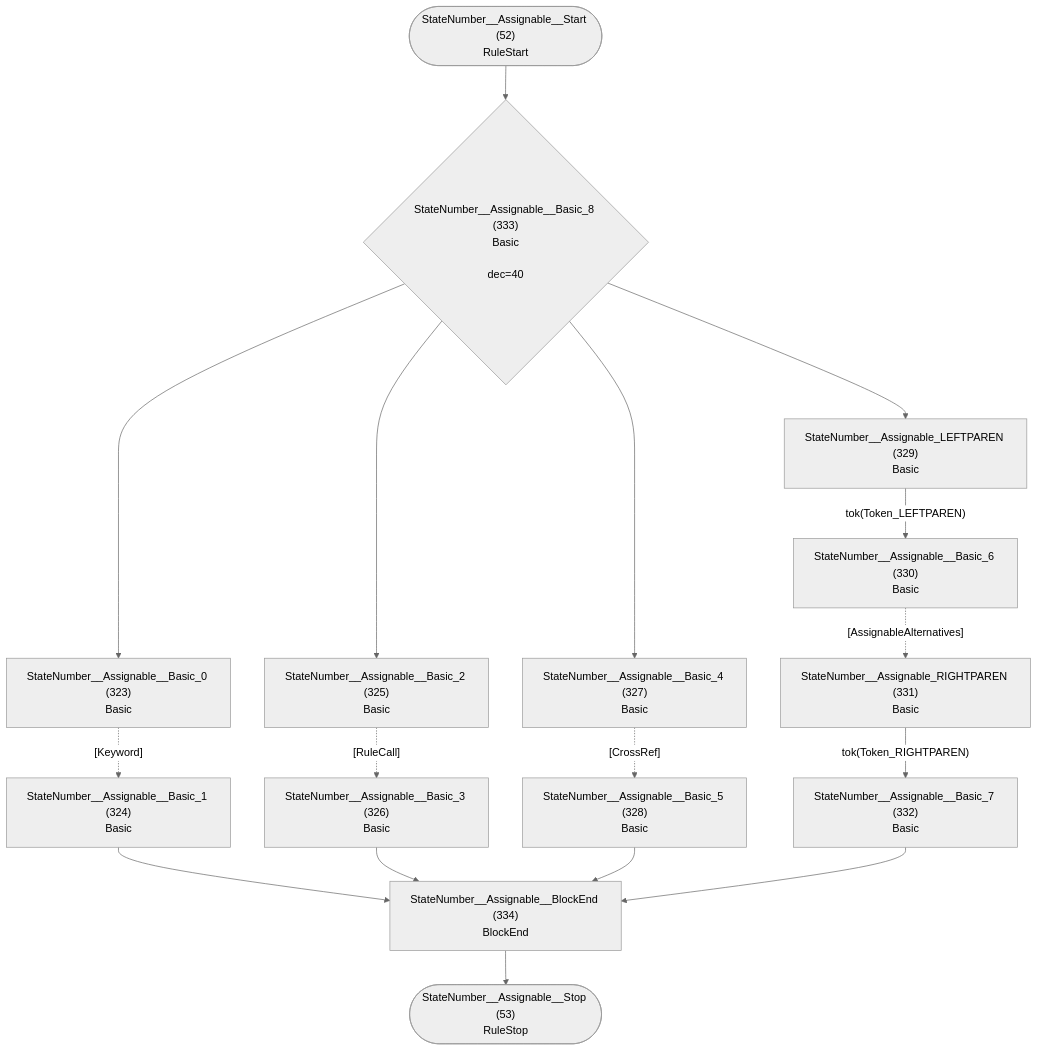
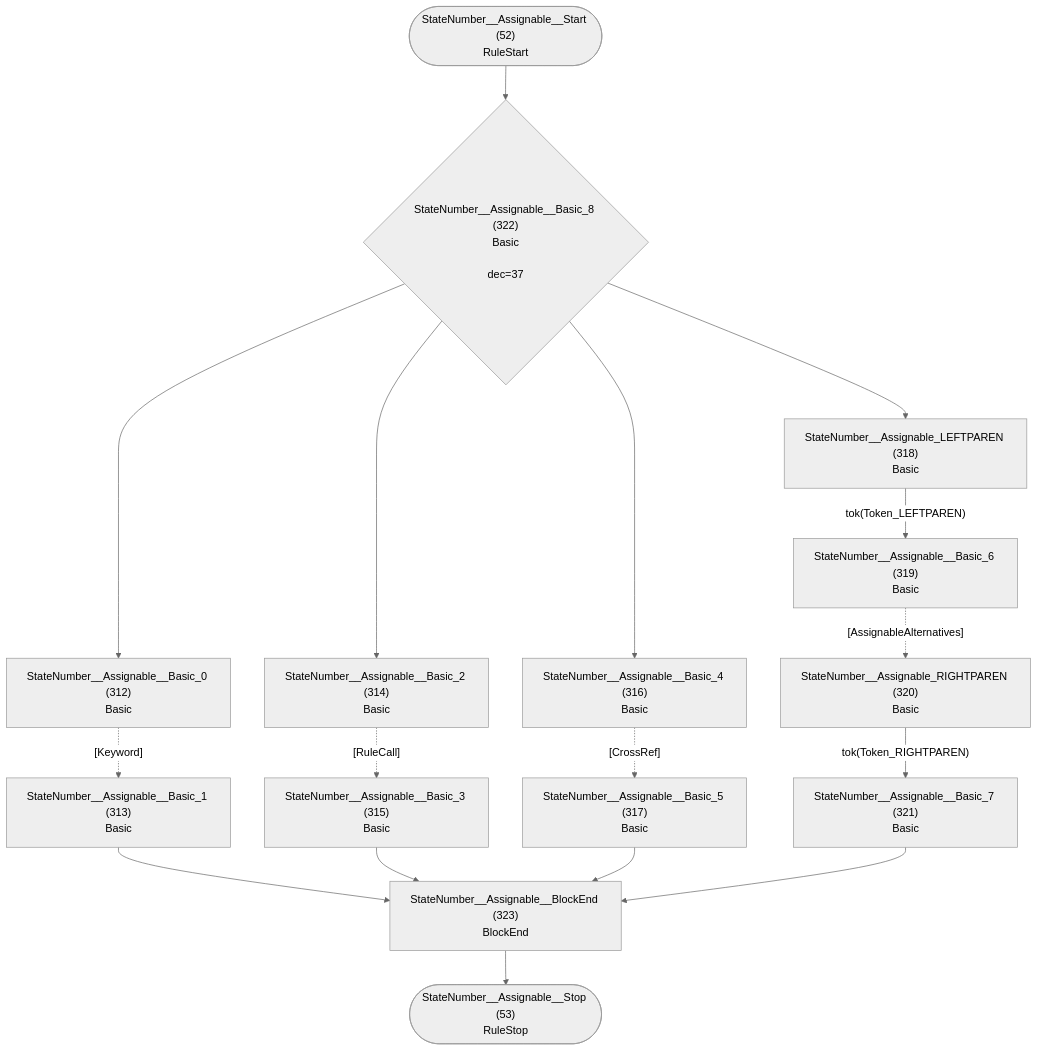
One commit to TypeFox/fastbelt changed diagram 27 of 36 in internal/grammar/atn.md. Above: the diagram before and after it, drawn with Mermaid (neutral theme). The commit also changed other lines of this file and 9 other files, not shown here.

````diff
--- a/internal/grammar/atn.md
+++ b/internal/grammar/atn.md
@@ -822,34 +797,34 @@
 ```mermaid
 flowchart TD
     q52(["StateNumber__Assignable__Start (52)<br/>RuleStart"])
     q53(["StateNumber__Assignable__Stop (53)<br/>RuleStop"])
-    q323["StateNumber__Assignable__Basic_0 (323)<br/>Basic<br/>"]
-    q324["StateNumber__Assignable__Basic_1 (324)<br/>Basic<br/>"]
-    q325["StateNumber__Assignable__Basic_2 (325)<br/>Basic<br/>"]
-    q326["StateNumber__Assignable__Basic_3 (326)<br/>Basic<br/>"]
-    q327["StateNumber__Assignable__Basic_4 (327)<br/>Basic<br/>"]
-    q328["StateNumber__Assignable__Basic_5 (328)<br/>Basic<br/>"]
-    q329["StateNumber__Assignable_LEFTPAREN (329)<br/>Basic<br/>"]
-    q330["StateNumber__Assignable__Basic_6 (330)<br/>Basic<br/>"]
-    q331["StateNumber__Assignable_RIGHTPAREN (331)<br/>Basic<br/>"]
-    q332["StateNumber__Assignable__Basic_7 (332)<br/>Basic<br/>"]
-    q333{"StateNumber__Assignable__Basic_8 (333)<br/>Basic<br/><br/>dec=40"}
-    q334["StateNumber__Assignable__BlockEnd (334)<br/>BlockEnd<br/>"]
+    q312["StateNumber__Assignable__Basic_0 (312)<br/>Basic<br/>"]
+    q313["StateNumber__Assignable__Basic_1 (313)<br/>Basic<br/>"]
+    q314["StateNumber__Assignable__Basic_2 (314)<br/>Basic<br/>"]
+    q315["StateNumber__Assignable__Basic_3 (315)<br/>Basic<br/>"]
+    q316["StateNumber__Assignable__Basic_4 (316)<br/>Basic<br/>"]
+    q317["StateNumber__Assignable__Basic_5 (317)<br/>Basic<br/>"]
+    q318["StateNumber__Assignable_LEFTPAREN (318)<br/>Basic<br/>"]
+    q319["StateNumber__Assignable__Basic_6 (319)<br/>Basic<br/>"]
+    q320["StateNumber__Assignable_RIGHTPAREN (320)<br/>Basic<br/>"]
+    q321["StateNumber__Assignable__Basic_7 (321)<br/>Basic<br/>"]
+    q322{"StateNumber__Assignable__Basic_8 (322)<br/>Basic<br/><br/>dec=37"}
+    q323["StateNumber__Assignable__BlockEnd (323)<br/>BlockEnd<br/>"]
 
-    q52 --> q333
-    q323 -.->|"[Keyword]"| q324
-    q324 --> q334
-    q325 -.->|"[RuleCall]"| q326
-    q326 --> q334
-    q327 -.->|"[CrossRef]"| q328
-    q328 --> q334
-    q329 -->|"tok(Token_LEFTPAREN)"| q330
-    q330 -.->|"[AssignableAlternatives]"| q331
-    q331 -->|"tok(Token_RIGHTPAREN)"| q332
-    q332 --> q334
-    q333 --> q323
-    q333 --> q325
-    q333 --> q327
-    q333 --> q329
-    q334 --> q53
+    q52 --> q322
+    q312 -.->|"[Keyword]"| q313
+    q313 --> q323
+    q314 -.->|"[RuleCall]"| q315
+    q315 --> q323
+    q316 -.->|"[CrossRef]"| q317
+    q317 --> q323
+    q318 -->|"tok(Token_LEFTPAREN)"| q319
+    q319 -.->|"[AssignableAlternatives]"| q320
+    q320 -->|"tok(Token_RIGHTPAREN)"| q321
+    q321 --> q323
+    q322 --> q312
+    q322 --> q314
+    q322 --> q316
+    q322 --> q318
+    q323 --> q53
 ```
````
